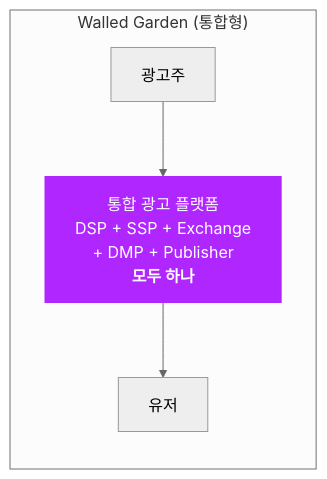
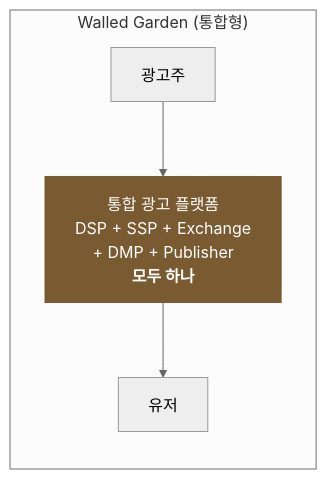
The second of 5 diagrams in posts/walled-garden.md (chkimsu/adtech-blog), drawn with Mermaid (neutral theme) before and after one commit. The commit also changed other lines of this file and 40 other files, not shown here.

````diff
--- a/posts/walled-garden.md
+++ b/posts/walled-garden.md
@@ -42,9 +42,9 @@
 ```mermaid
 graph LR
     subgraph Walled["Walled Garden (통합형)"]
         ADV2["광고주"] --> PLATFORM["통합 광고 플랫폼<br/>DSP + SSP + Exchange<br/>+ DMP + Publisher<br/><b>모두 하나</b>"]
         PLATFORM --> USER2["유저"]
     end
 
-    style PLATFORM fill:#b026ff,stroke:#b026ff,color:#fff
+    style PLATFORM fill:#7a5a30,stroke:#7a5a30,color:#fff
 ```
````
